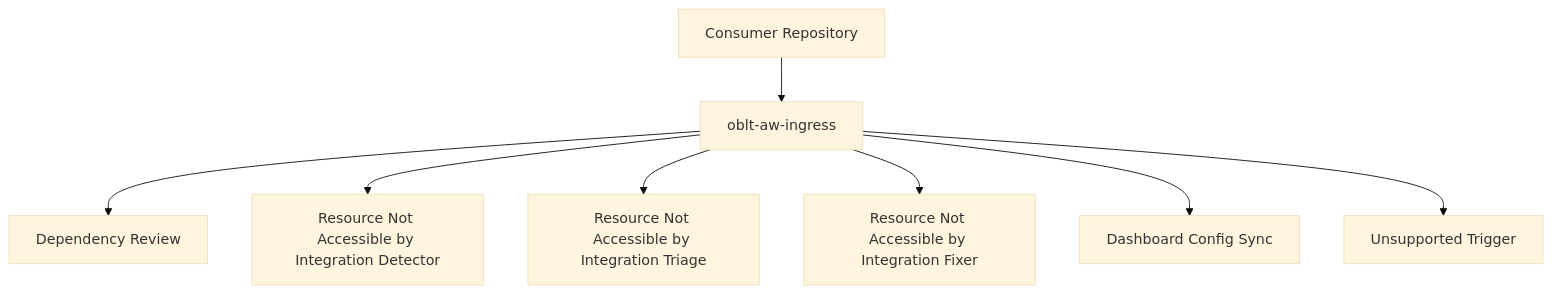
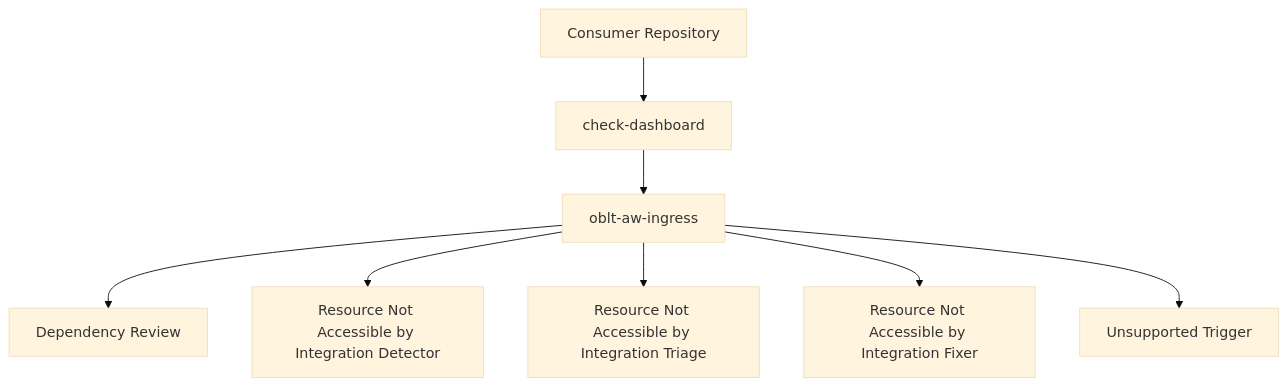
Before and after one commit to elastic/oblt-aw: the diagram in docs/architecture/overview.md, drawn with Mermaid (base theme). The commit also changed other lines of this file and 9 other files, not shown here.

````diff
--- a/docs/architecture/overview.md
+++ b/docs/architecture/overview.md
@@ -73,10 +74,10 @@
 ```mermaid
 flowchart TD
-  A[Consumer Repository] --> B[oblt-aw-ingress]
-  B --> C[Dependency Review]
-  B --> D[Resource Not Accessible by Integration Detector]
-  B --> E[Resource Not Accessible by Integration Triage]
-  B --> F[Resource Not Accessible by Integration Fixer]
-  B --> G[Dashboard Config Sync]
-  B --> X[Unsupported Trigger]
+  A[Consumer Repository] --> B[check-dashboard]
+  B --> C[oblt-aw-ingress]
+  C --> D[Dependency Review]
+  C --> E[Resource Not Accessible by Integration Detector]
+  C --> F[Resource Not Accessible by Integration Triage]
+  C --> G[Resource Not Accessible by Integration Fixer]
+  C --> X[Unsupported Trigger]
 ```
````
